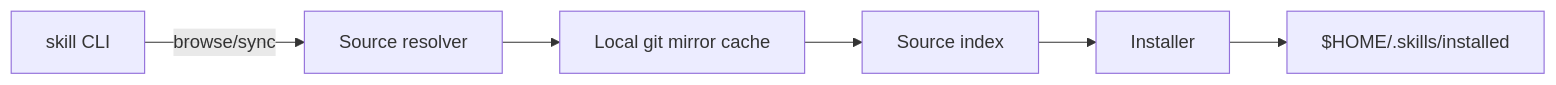
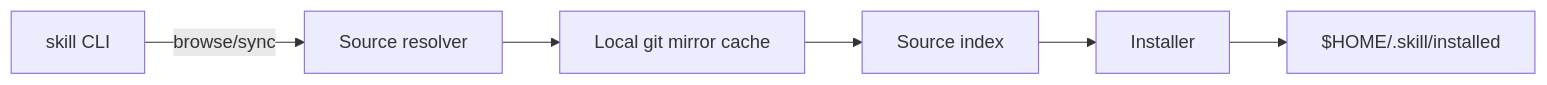
One commit to philipesteiff/skill changed the diagram in README.md. Above: the diagram before and after it, drawn with Mermaid. The commit also changed other lines of this file and 2 other files, not shown here.

Commit message:
change home directory to be skill instead of skills.

````diff
--- a/README.md
+++ b/README.md
@@ -14,9 +14,9 @@
 ```mermaid
 flowchart LR
   CLI[skill CLI]
   CLI -->|browse/sync| Source[Source resolver]
   Source --> Mirror[Local git mirror cache]
   Mirror --> Indexer[Source index]
   Indexer --> Installer[Installer]
-  Installer --> SkillsHome[$HOME/.skills/installed]
+  Installer --> SkillsHome[$HOME/.skill/installed]
 ```
````
